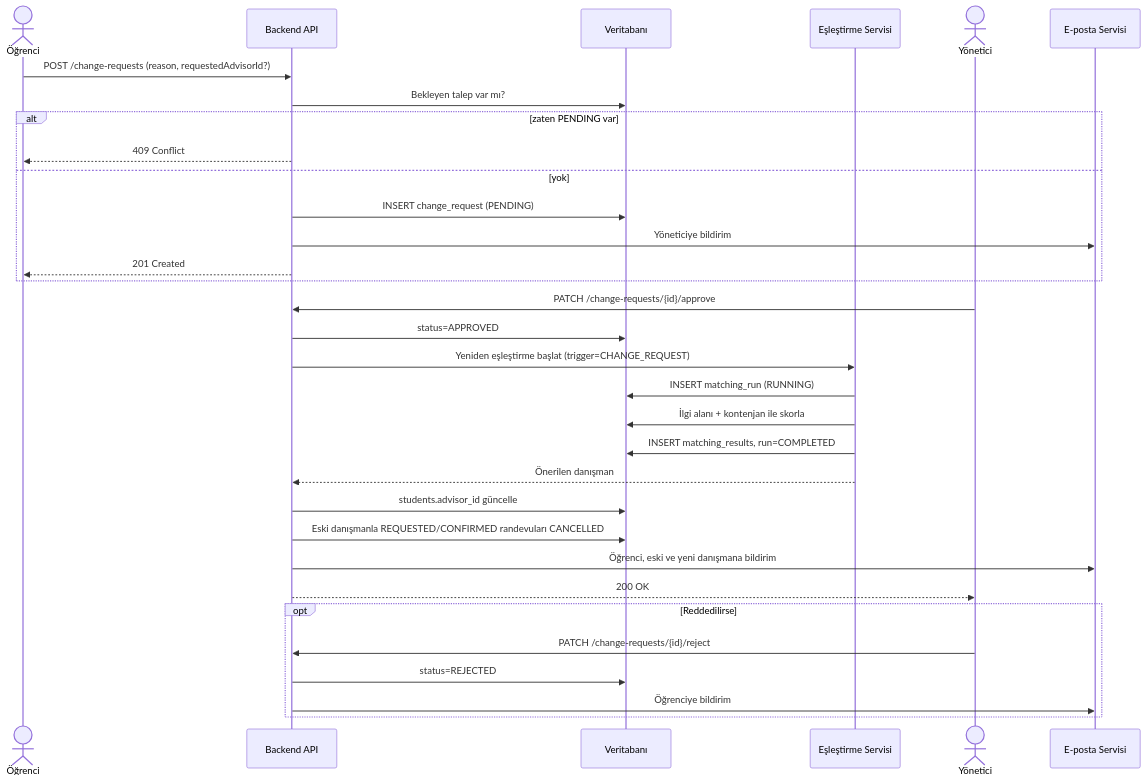
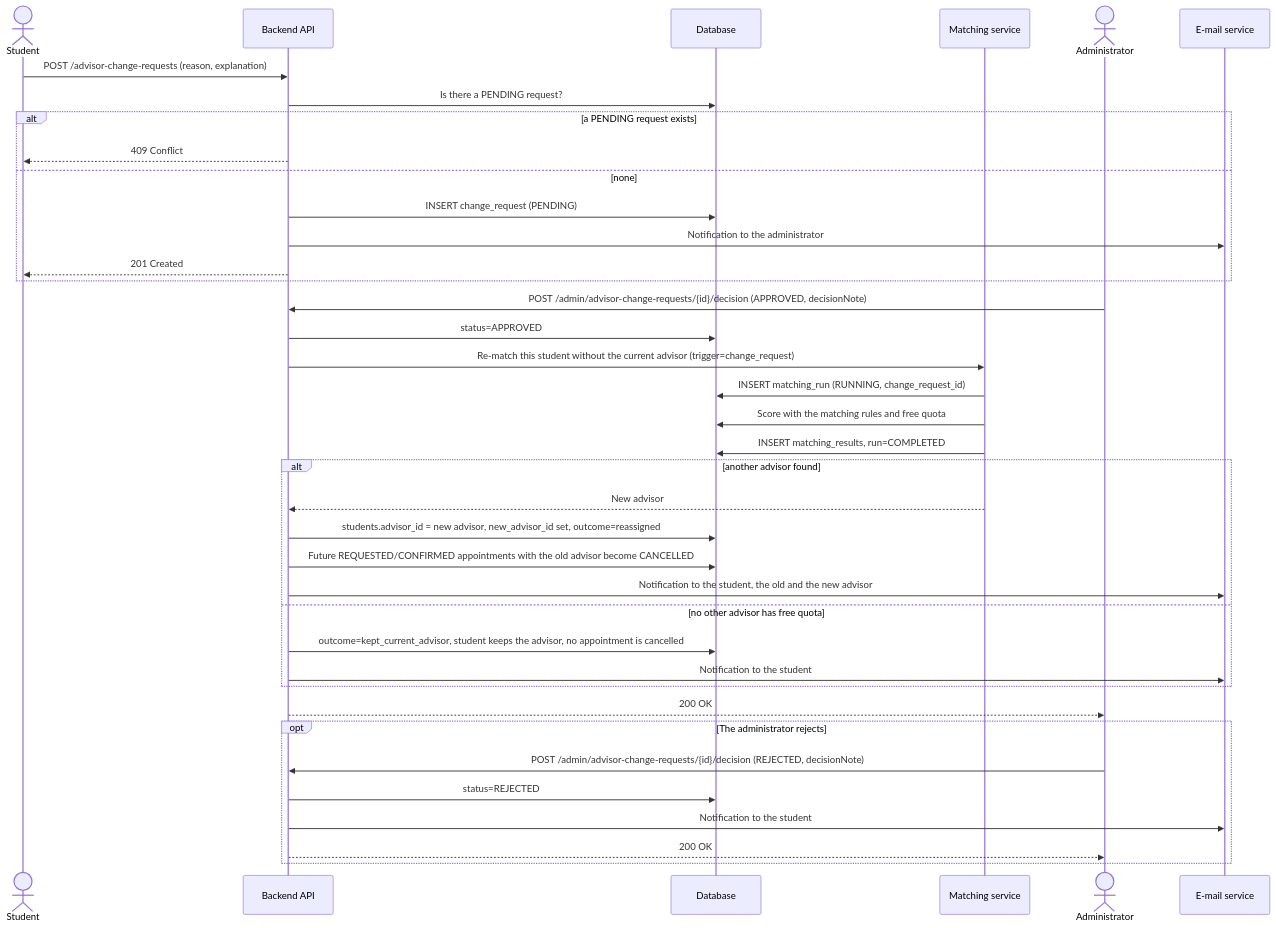
The third of 4 diagrams in docs/architecture/appointment-change.md (seng321-group8/SENG321-Project), drawn with Mermaid before and after one commit. The commit also changed other lines of this file, not shown here.

Commit message:
docs(architecture): align sequence diagrams with OpenAPI v0.5.0 (#68)

````diff
--- a/docs/architecture/appointment-change.md
+++ b/docs/architecture/appointment-change.md
@@ -64,37 +75,43 @@
 ```mermaid
 sequenceDiagram
-    actor S as Öğrenci
+    actor S as Student
     participant API as Backend API
-    participant DB as Veritabanı
-    participant M as Eşleştirme Servisi
-    actor AD as Yönetici
-    participant Mail as E-posta Servisi
+    participant DB as Database
+    participant M as Matching service
+    actor AD as Administrator
+    participant Mail as E-mail service
 
-    S->>API: POST /change-requests (reason, requestedAdvisorId?)
-    API->>DB: Bekleyen talep var mı?
-    alt zaten PENDING var
+    S->>API: POST /advisor-change-requests (reason, explanation)
+    API->>DB: Is there a PENDING request?
+    alt a PENDING request exists
         API-->>S: 409 Conflict
-    else yok
+    else none
         API->>DB: INSERT change_request (PENDING)
-        API->>Mail: Yöneticiye bildirim
+        API->>Mail: Notification to the administrator
         API-->>S: 201 Created
     end
 
-    AD->>API: PATCH /change-requests/{id}/approve
+    AD->>API: POST /admin/advisor-change-requests/{id}/decision (APPROVED, decisionNote)
     API->>DB: status=APPROVED
-    API->>M: Yeniden eşleştirme başlat (trigger=CHANGE_REQUEST)
-    M->>DB: INSERT matching_run (RUNNING)
-    M->>DB: İlgi alanı + kontenjan ile skorla
+    API->>M: Re-match this student without the current advisor (trigger=change_request)
+    M->>DB: INSERT matching_run (RUNNING, change_request_id)
+    M->>DB: Score with the matching rules and free quota
     M->>DB: INSERT matching_results, run=COMPLETED
-    M-->>API: Önerilen danışman
-    API->>DB: students.advisor_id güncelle
-    API->>DB: Eski danışmanla REQUESTED/CONFIRMED randevuları CANCELLED
-    API->>Mail: Öğrenci, eski ve yeni danışmana bildirim
+    alt another advisor found
+        M-->>API: New advisor
+        API->>DB: students.advisor_id = new advisor, new_advisor_id set, outcome=reassigned
+        API->>DB: Future REQUESTED/CONFIRMED appointments with the old advisor become CANCELLED
+        API->>Mail: Notification to the student, the old and the new advisor
+    else no other advisor has free quota
+        API->>DB: outcome=kept_current_advisor, student keeps the advisor, no appointment is cancelled
+        API->>Mail: Notification to the student
+    end
     API-->>AD: 200 OK
 
-    opt Reddedilirse
-        AD->>API: PATCH /change-requests/{id}/reject
+    opt The administrator rejects
+        AD->>API: POST /admin/advisor-change-requests/{id}/decision (REJECTED, decisionNote)
         API->>DB: status=REJECTED
-        API->>Mail: Öğrenciye bildirim
+        API->>Mail: Notification to the student
+        API-->>AD: 200 OK
     end
 ```
````
